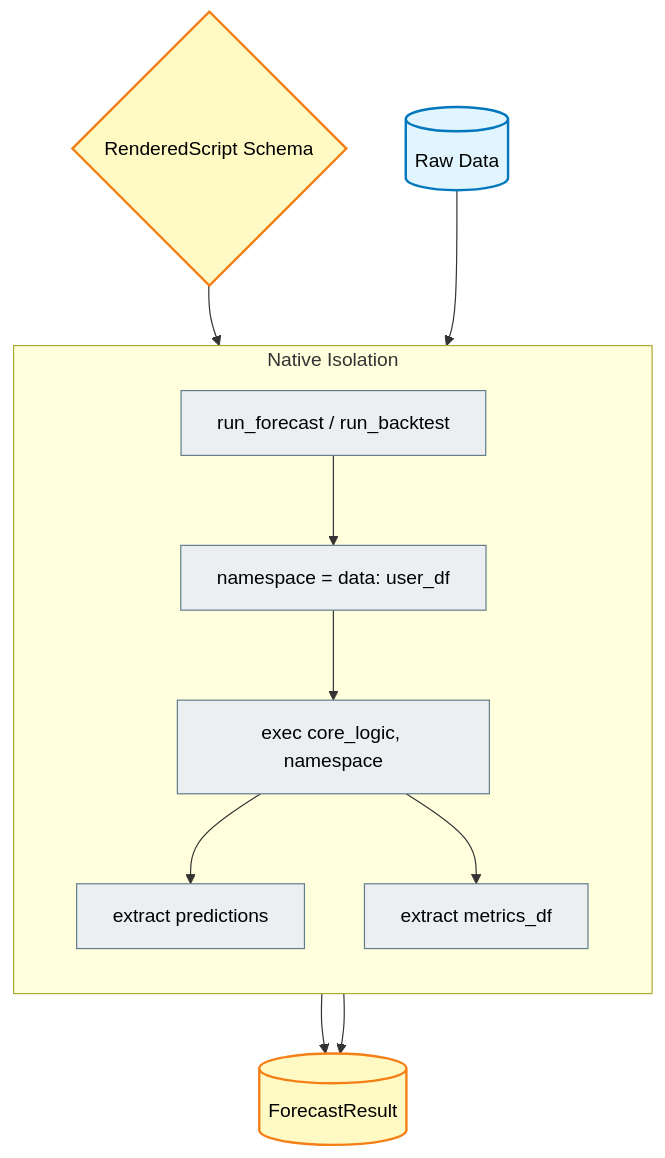
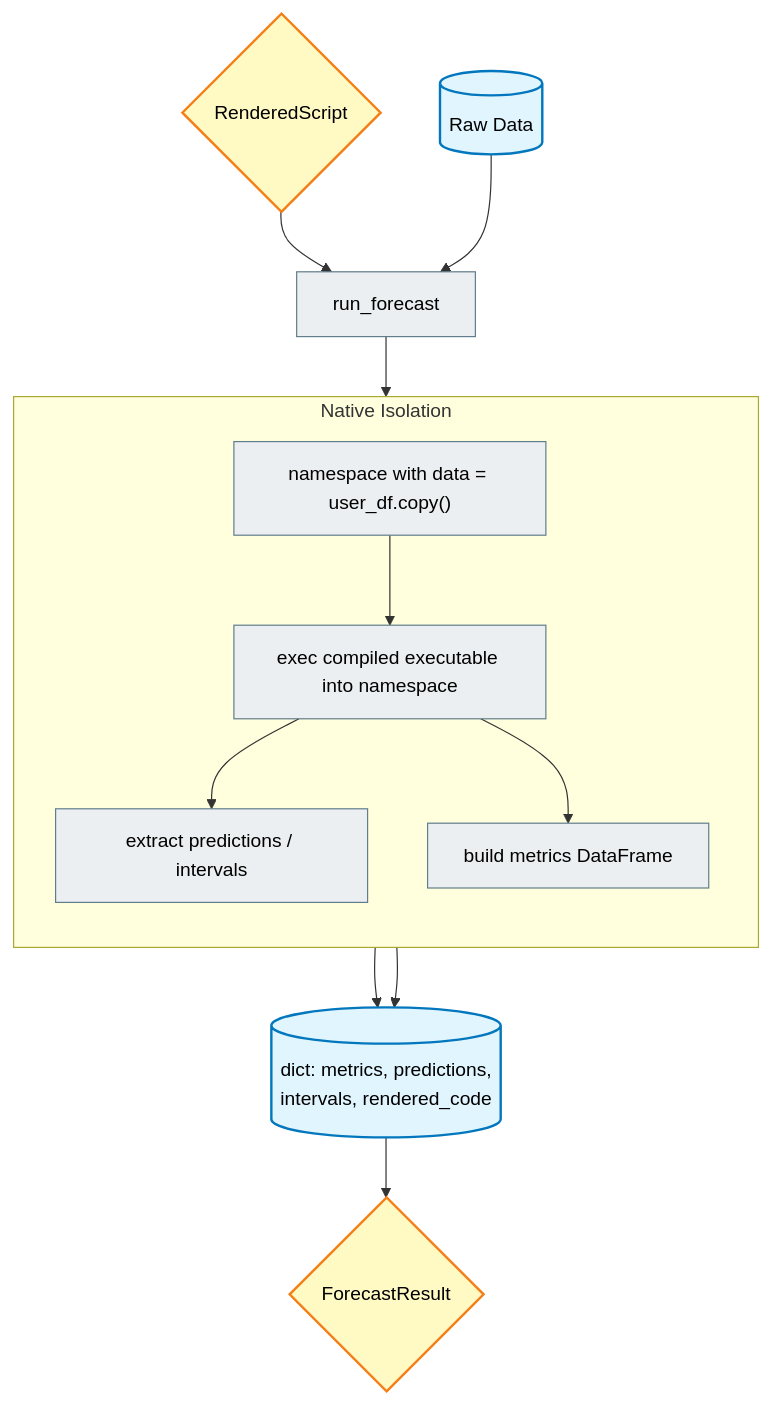
Before and after one commit to skforecast/skforecast-ai: the sixth of 8 diagrams in docs/user_guides/architecture-and-logic.md, drawn with Mermaid. The commit also changed other lines of this file, not shown here.

Commit message:
update arquitecture and logic docs

````diff
--- a/docs/user_guides/architecture-and-logic.md
+++ b/docs/user_guides/architecture-and-logic.md
@@ -161,18 +205,20 @@
 ```mermaid
 flowchart TD
     classDef schema fill:#fff9c4,stroke:#f57f17,stroke-width:2px,color:#000
     classDef func fill:#eceff1,stroke:#607d8b,stroke-width:1px,color:#000
     classDef data fill:#e1f5fe,stroke:#0277bd,stroke-width:2px,color:#000
 
-    A{RenderedScript Schema}:::schema & B[(Raw Data)]:::data --> C[run_forecast / run_backtest]:::func
-    
-    subgraph Native Isolation
+    A{RenderedScript}:::schema & B[(Raw Data)]:::data --> C[run_forecast]:::func
+
+    subgraph Native_Isolation[Native Isolation]
         direction TB
-        C --> D1[namespace = data: user_df]:::func
-        D1 --> D2[exec core_logic, namespace]:::func
-        D2 --> D3[extract predictions]:::func
-        D2 --> D4[extract metrics_df]:::func
+        D1["namespace with data = user_df.copy()"]:::func
+        D1 --> D2["exec compiled executable into namespace"]:::func
+        D2 --> D3[extract predictions / intervals]:::func
+        D2 --> D4[build metrics DataFrame]:::func
     end
-    
-    D3 & D4 --> E[(ForecastResult)]:::schema
+
+    C --> D1
+    D3 & D4 --> E[("dict: metrics, predictions,<br/>intervals, rendered_code")]:::data
+    E --> F{ForecastResult}:::schema
 ```
````
